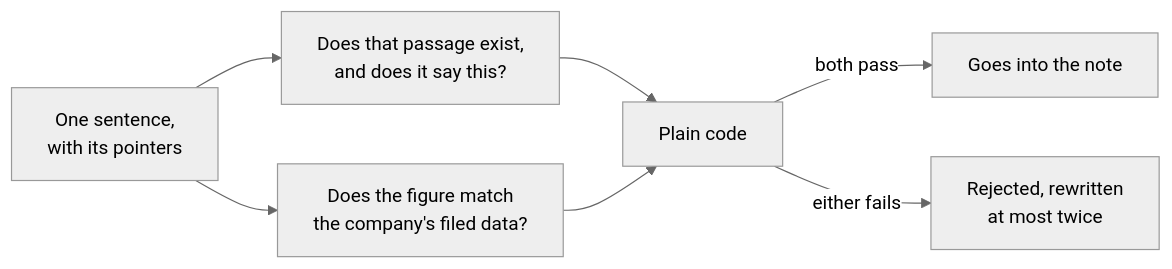
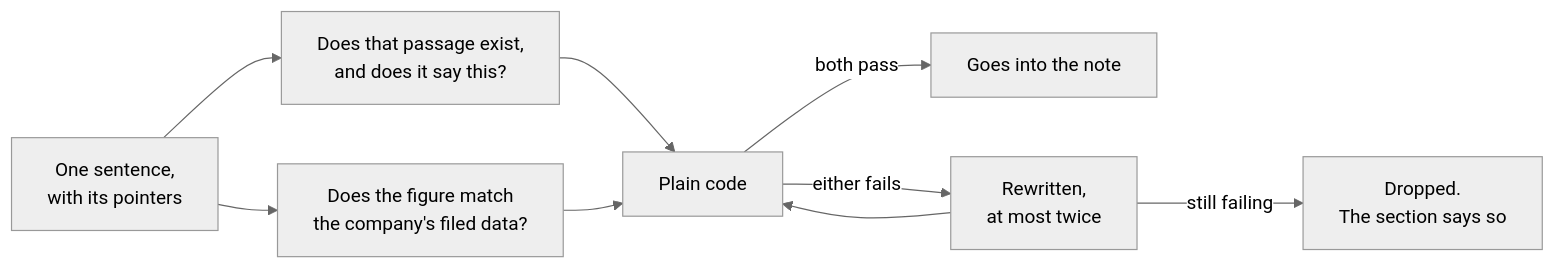
One commit to berkaykoklu/equity-research-agent changed the second of 2 diagrams in README.md. Above: the diagram before and after it, drawn with Mermaid (neutral theme). The commit also changed other lines of this file and 9 other files, not shown here.

````diff
--- a/README.md
+++ b/README.md
@@ -99,9 +102,11 @@
 ```mermaid
 flowchart LR
     CL["One sentence,<br/>with its pointers"] --> Q1["Does that passage exist,<br/>and does it say this?"]
     CL --> Q2["Does the figure match<br/>the company's filed data?"]
     Q1 --> V["Plain code"]
     Q2 --> V
     V -->|"both pass"| OK["Goes into the note"]
-    V -->|"either fails"| NO["Rejected, rewritten<br/>at most twice"]
+    V -->|"either fails"| NO["Rewritten,<br/>at most twice"]
+    NO --> V
+    NO -->|"still failing"| D["Dropped.<br/>The section says so"]
 ```
````
